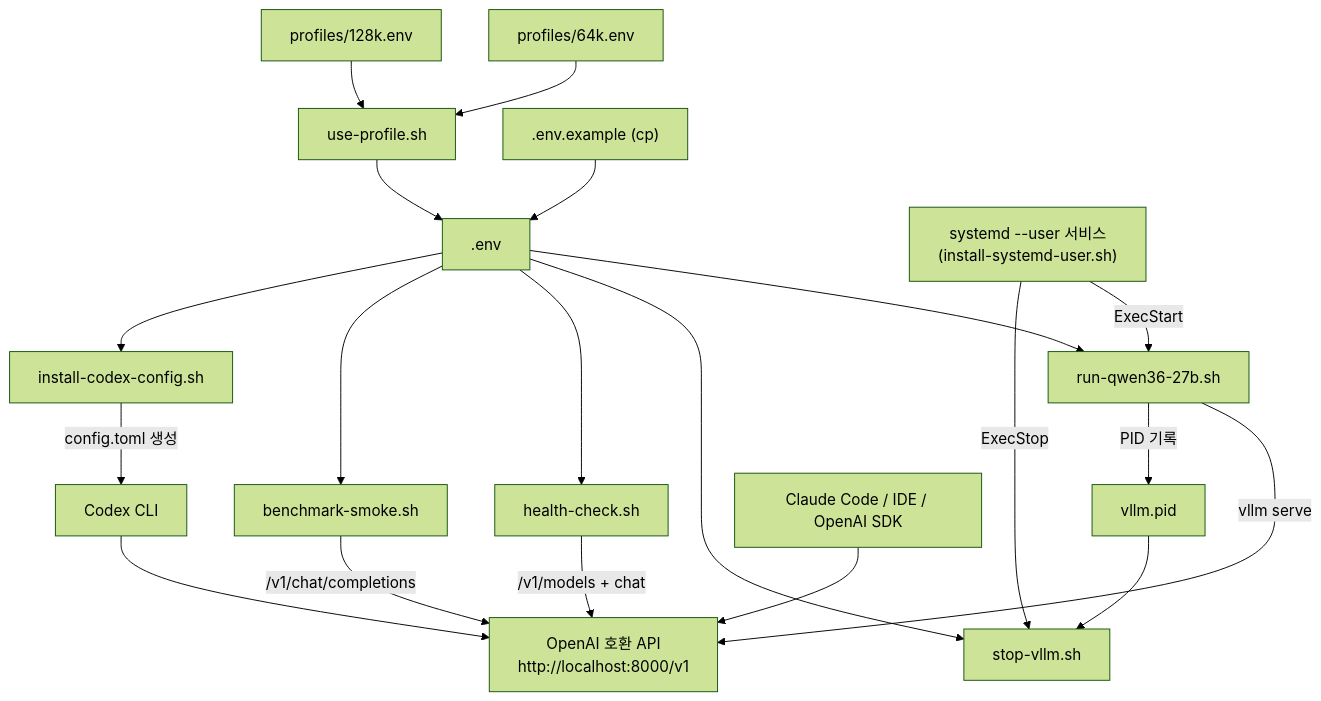
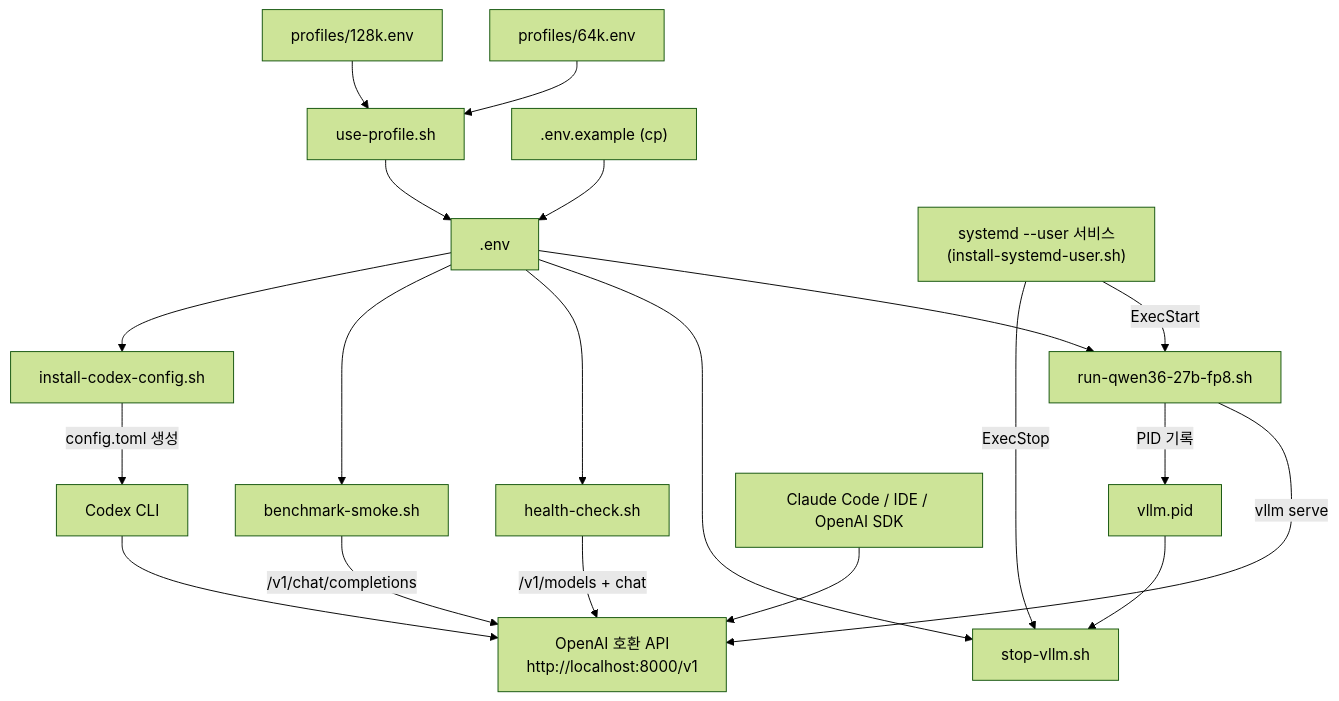
Before and after one commit to 33modeling/vllm-setting: the diagram in README.md, drawn with Mermaid (forest theme). The commit also changed other lines of this file and 3 other files, not shown here.

First line of the commit message:
run-qwen36-27b.sh → run-qwen36-27b-fp8.sh로 이름 변경

````diff
--- a/README.md
+++ b/README.md
@@ -49,22 +49,22 @@
 ```mermaid
 flowchart TD
     P64["profiles/64k.env"] --> UP["use-profile.sh"]
     P128["profiles/128k.env"] --> UP
     EX[".env.example (cp)"] --> ENV[".env"]
     UP --> ENV
-    ENV --> RUN["run-qwen36-27b.sh"]
+    ENV --> RUN["run-qwen36-27b-fp8.sh"]
     ENV --> STOP["stop-vllm.sh"]
     ENV --> HC["health-check.sh"]
     ENV --> BM["benchmark-smoke.sh"]
     ENV --> CX["install-codex-config.sh"]
     SYSD["systemd --user 서비스<br/>(install-systemd-user.sh)"] -->|ExecStart| RUN
     SYSD -->|ExecStop| STOP
     RUN -->|vllm serve| API["OpenAI 호환 API<br/>http://localhost:8000/v1"]
     RUN -->|PID 기록| PID["vllm.pid"]
     PID --> STOP
     HC -->|/v1/models + chat| API
     BM -->|/v1/chat/completions| API
     CX -->|config.toml 생성| CODEX["Codex CLI"]
     CODEX --> API
     CLI["Claude Code / IDE / OpenAI SDK"] --> API
 ```
````
